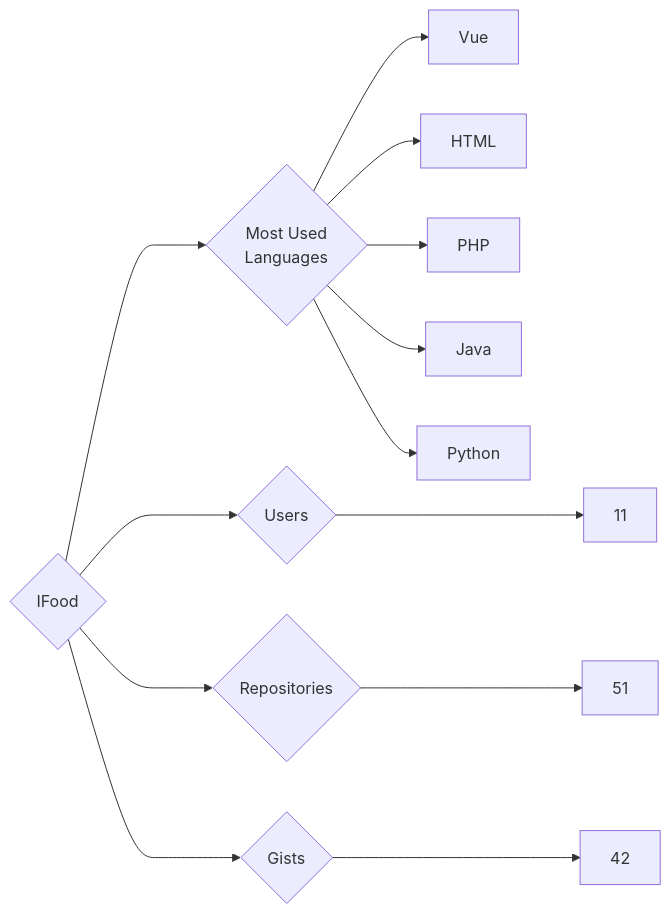
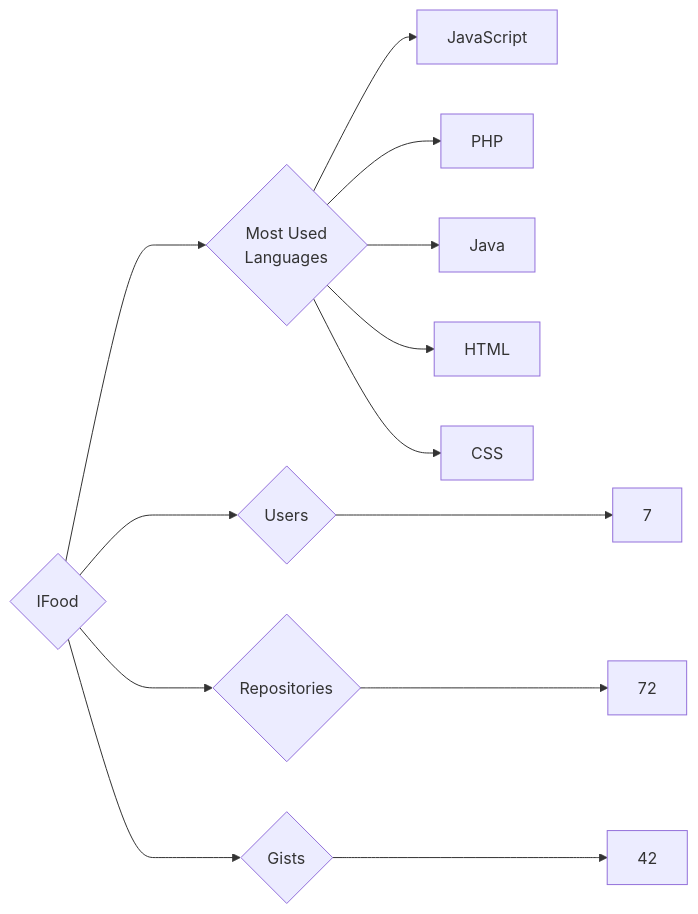
Before and after one commit to trickest/insiders: the diagram in targets/IFood/README.md, drawn with Mermaid. The commit also changed 1078 other files, not shown here.

````diff
--- a/targets/IFood/README.md
+++ b/targets/IFood/README.md
@@ -3,13 +3,13 @@
 ```mermaid
 graph LR
 COMPANY_NAME{IFood}
-COMPANY_NAME ---> U{Users} ---> UN[11]
-COMPANY_NAME ---> R{Repositories} ---> RN[51]
+COMPANY_NAME ---> U{Users} ---> UN[7]
+COMPANY_NAME ---> R{Repositories} ---> RN[72]
 COMPANY_NAME ---> G{Gists} ---> GN[42]
 COMPANY_NAME ---> ML{Most Used<br>Languages}
-ML --> Vue[Vue]
-ML --> HTML[HTML]
+ML --> JavaScript[JavaScript]
 ML --> PHP[PHP]
 ML --> Java[Java]
-ML --> Python[Python]
+ML --> HTML[HTML]
+ML --> CSS[CSS]
 ```
````
